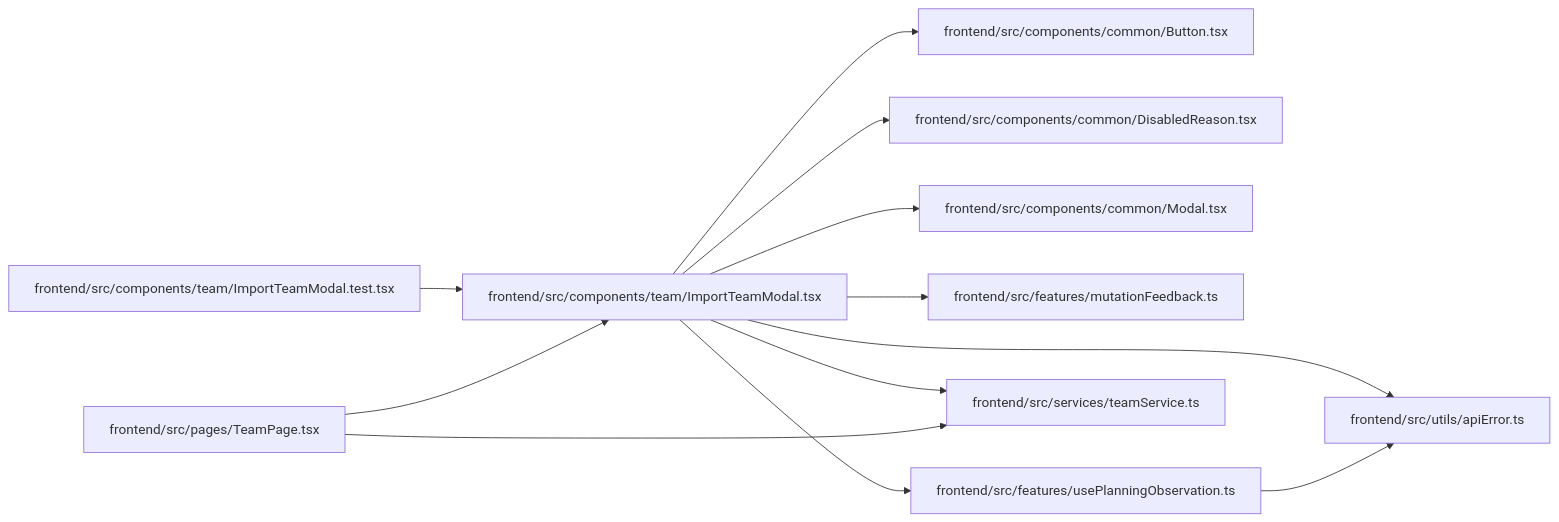
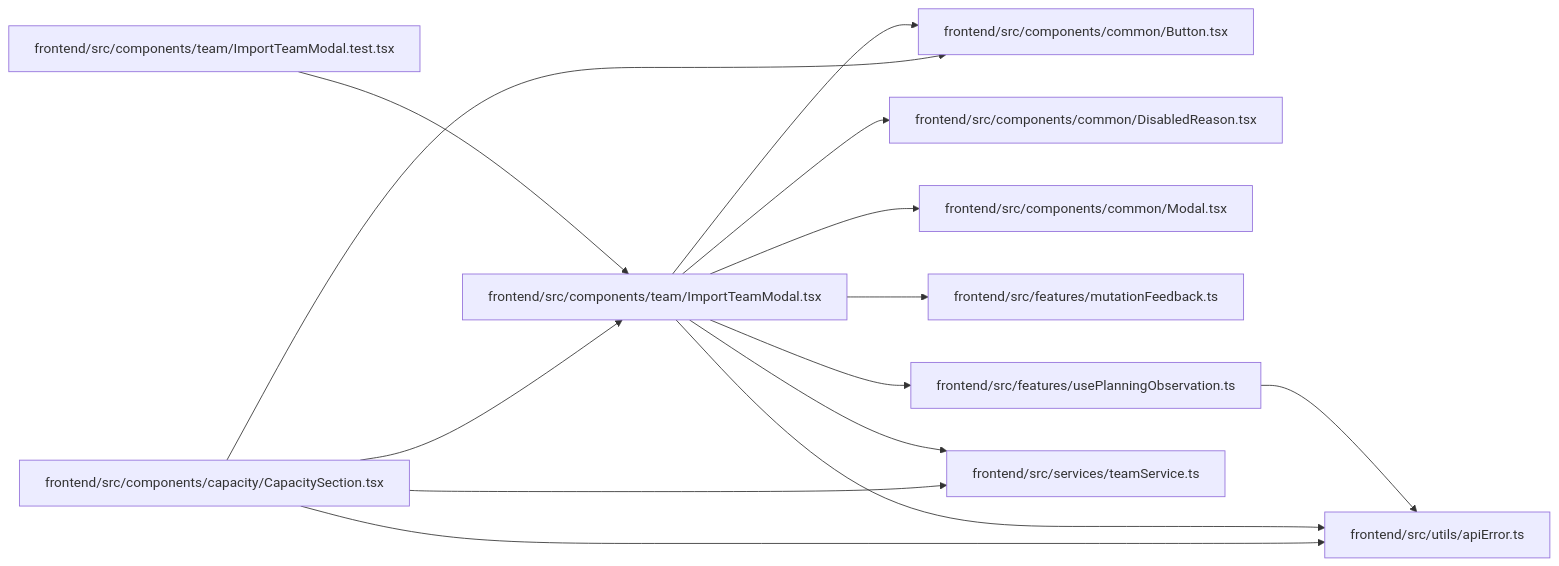
One commit to Denissvgn/WorkChord changed the diagram in docs/llm_wiki/modules/ImportTeamModal.md. Above: the diagram before and after it, drawn with Mermaid. The commit also changed other lines of this file and 2373 other files, not shown here.

````diff
--- a/docs/llm_wiki/modules/ImportTeamModal.md
+++ b/docs/llm_wiki/modules/ImportTeamModal.md
@@ -37,34 +37,36 @@
 ```mermaid
 flowchart LR
-    n0["frontend/src/components/common/Button.tsx"]
-    n1["frontend/src/components/common/DisabledReason.tsx"]
-    n2["frontend/src/components/common/Modal.tsx"]
-    n3["frontend/src/components/team/ImportTeamModal.test.tsx"]
-    n4["frontend/src/components/team/ImportTeamModal.tsx"]
-    n5["frontend/src/features/mutationFeedback.ts"]
-    n6["frontend/src/features/usePlanningObservation.ts"]
-    n7["frontend/src/pages/TeamPage.tsx"]
+    n0["frontend/src/components/capacity/CapacitySection.tsx"]
+    n1["frontend/src/components/common/Button.tsx"]
+    n2["frontend/src/components/common/DisabledReason.tsx"]
+    n3["frontend/src/components/common/Modal.tsx"]
+    n4["frontend/src/components/team/ImportTeamModal.test.tsx"]
+    n5["frontend/src/components/team/ImportTeamModal.tsx"]
+    n6["frontend/src/features/mutationFeedback.ts"]
+    n7["frontend/src/features/usePlanningObservation.ts"]
     n8["frontend/src/services/teamService.ts"]
     n9["frontend/src/utils/apiError.ts"]
-    n3 --> n4
-    n4 --> n0
-    n4 --> n1
-    n4 --> n2
+    n0 --> n1
+    n0 --> n5
+    n0 --> n8
+    n0 --> n9
     n4 --> n5
-    n4 --> n6
-    n4 --> n8
-    n4 --> n9
-    n6 --> n9
-    n7 --> n4
-    n7 --> n8
-    click n0 "../modules/Button.md"
-    click n1 "../modules/DisabledReason.md"
-    click n2 "../modules/Modal.md"
-    click n3 "../modules/ImportTeamModal.test.md"
-    click n4 "../modules/ImportTeamModal.md"
-    click n5 "../modules/mutationFeedback.md"
-    click n6 "../modules/usePlanningObservation.md"
-    click n7 "../modules/TeamPage.md"
+    n5 --> n1
+    n5 --> n2
+    n5 --> n3
+    n5 --> n6
+    n5 --> n7
+    n5 --> n8
+    n5 --> n9
+    n7 --> n9
+    click n0 "../modules/CapacitySection.md"
+    click n1 "../modules/Button.md"
+    click n2 "../modules/DisabledReason.md"
+    click n3 "../modules/Modal.md"
+    click n4 "../modules/ImportTeamModal.test.md"
+    click n5 "../modules/ImportTeamModal.md"
+    click n6 "../modules/mutationFeedback.md"
+    click n7 "../modules/usePlanningObservation.md"
     click n8 "../modules/teamService.md"
     click n9 "../modules/apiError.md"
 ```
````
